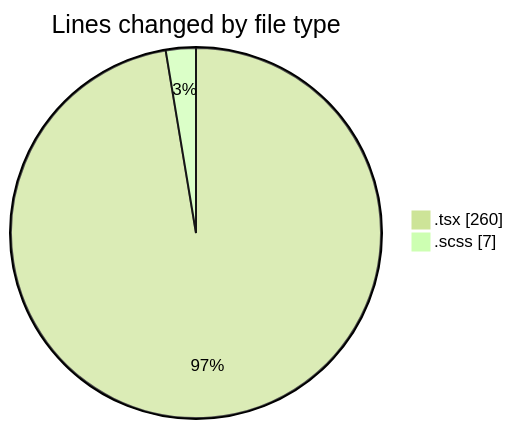
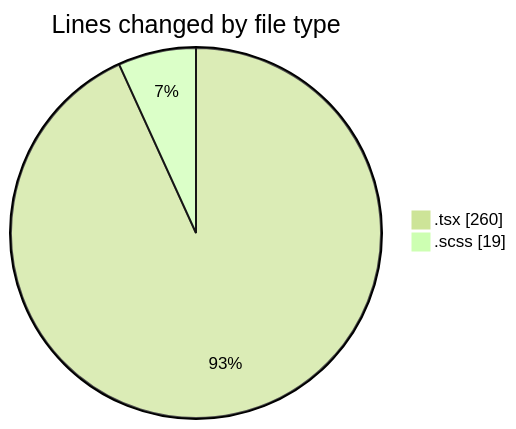
Before and after one commit to momahboobian/code-tracking: the first of 2 diagrams in 2026-04-10/cda/README.md, drawn with Mermaid (forest theme). The commit also changed other lines of this file and 1 other file, not shown here.

````diff
--- a/2026-04-10/cda/README.md
+++ b/2026-04-10/cda/README.md
@@ -22,6 +22,6 @@
 ```mermaid
 pie showData
 title Lines changed by file type
 ".tsx" : 260
-".scss" : 7
+".scss" : 19
 ```
````
